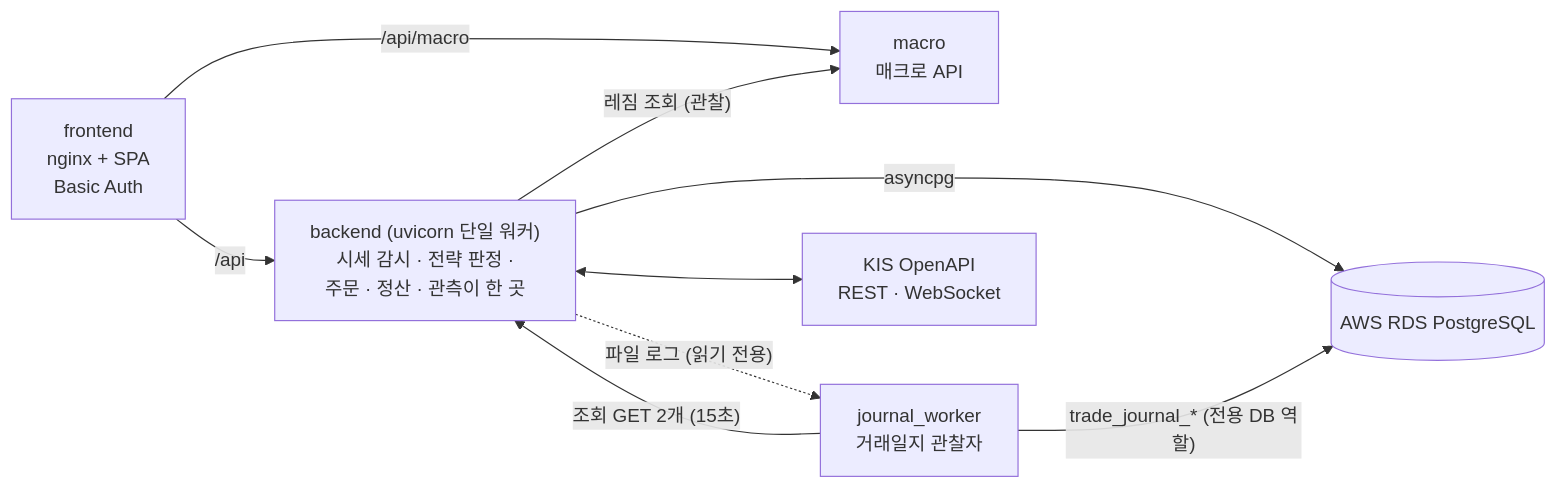
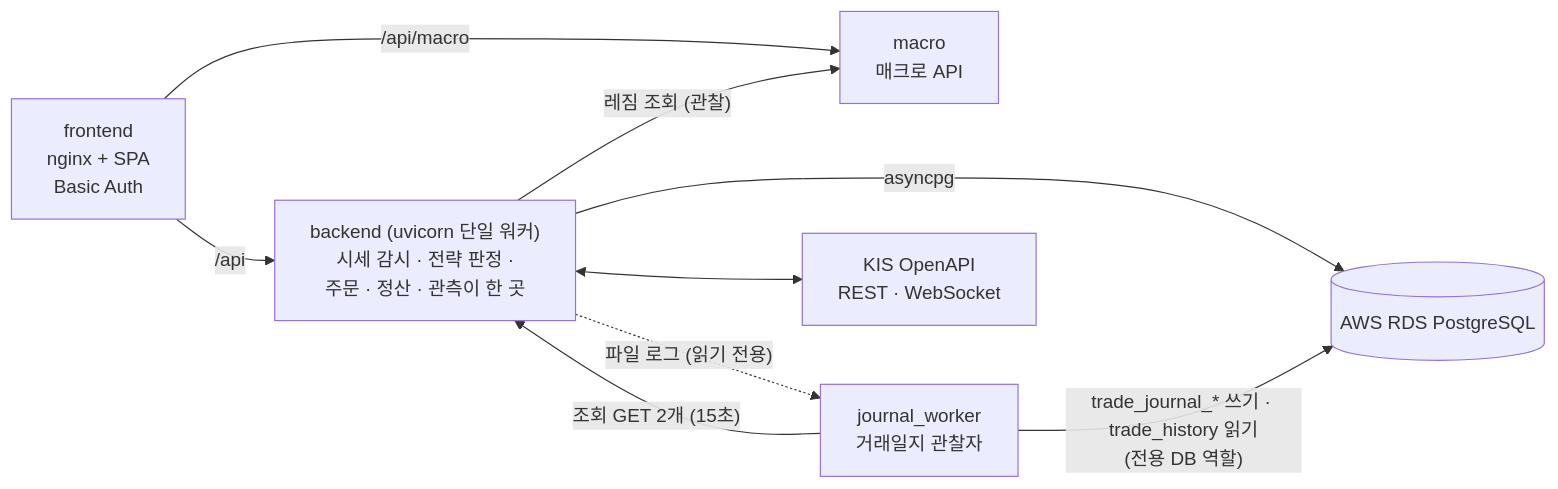
Before and after one commit to canduk910/auto_stock: the third of 7 diagrams in README.md, drawn with Mermaid. The commit also changed other lines of this file and 11 other files, not shown here.

````diff
--- a/README.md
+++ b/README.md
@@ -708,17 +708,17 @@
 ```mermaid
 flowchart LR
     FE["frontend<br/>nginx + SPA<br/>Basic Auth"]
     BE["backend (uvicorn 단일 워커)<br/>시세 감시 · 전략 판정 ·<br/>주문 · 정산 · 관측이 한 곳"]
     MAC["macro<br/>매크로 API"]
     JW["journal_worker<br/>거래일지 관찰자"]
     KIS["KIS OpenAPI<br/>REST · WebSocket"]
     RDS[("AWS RDS PostgreSQL")]
     FE -->|"/api"| BE
     FE -->|"/api/macro"| MAC
     BE -->|"레짐 조회 (관찰)"| MAC
     BE <--> KIS
     BE -->|"asyncpg"| RDS
     JW -->|"조회 GET 2개 (15초)"| BE
     BE -.->|"파일 로그 (읽기 전용)"| JW
-    JW -->|"trade_journal_* (전용 DB 역할)"| RDS
+    JW -->|"trade_journal_* 쓰기 · trade_history 읽기<br/>(전용 DB 역할)"| RDS
 ```
````
